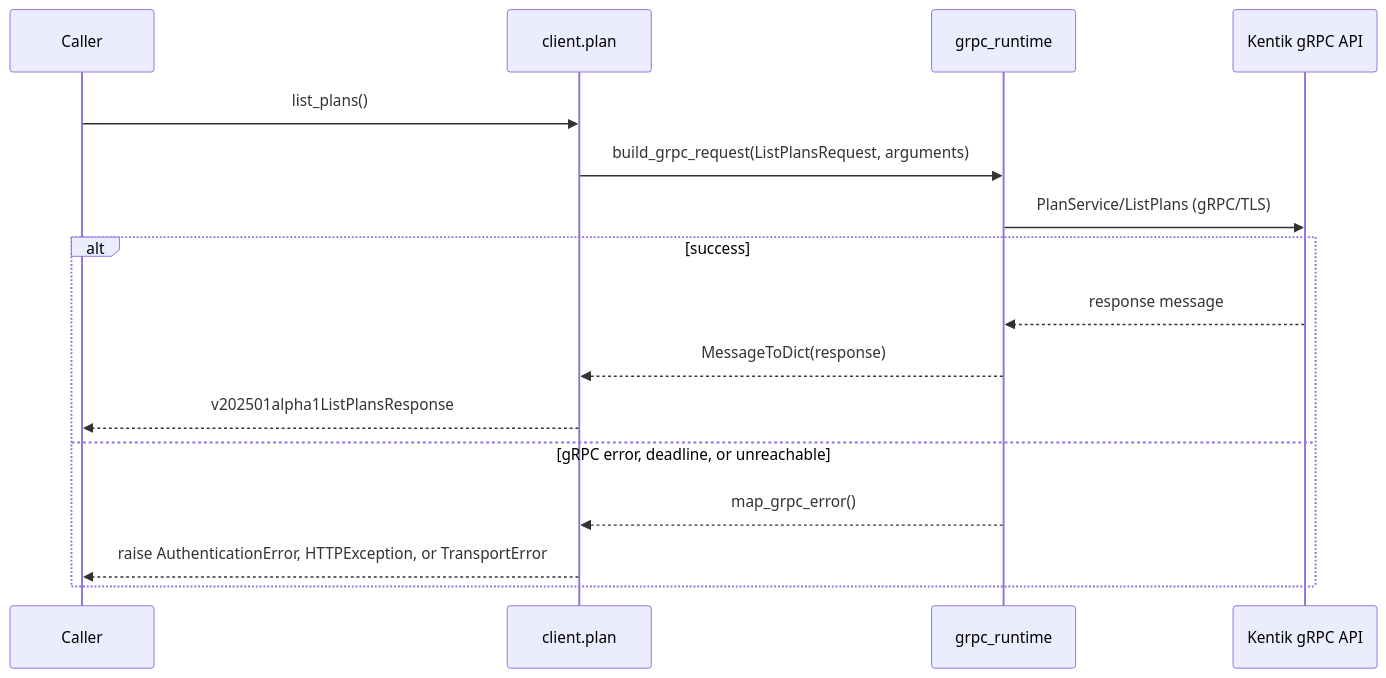
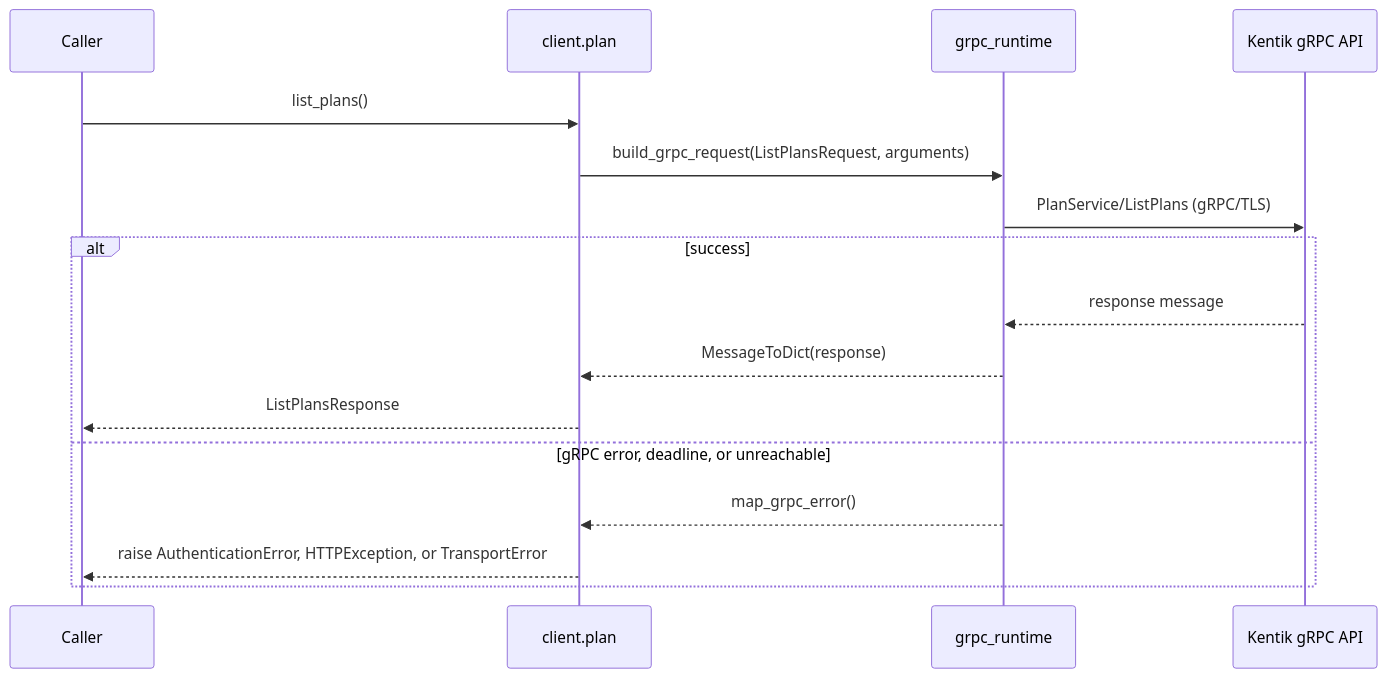
One commit to alexdearaujo/community_sdk_python changed the third of 4 diagrams in docs/sphinx/services/plan.md. Above: the diagram before and after it, drawn with Mermaid. The commit also changed other lines of this file and 38 other files, not shown here.

````diff
--- a/docs/sphinx/services/plan.md
+++ b/docs/sphinx/services/plan.md
@@ -59,19 +59,19 @@
 ```mermaid
 sequenceDiagram
     participant C as Caller
     participant W as client.plan
     participant R as grpc_runtime
     participant API as Kentik gRPC API
 
     C->>W: list_plans()
     W->>R: build_grpc_request(ListPlansRequest, arguments)
     R->>API: PlanService/ListPlans (gRPC/TLS)
     alt success
         API-->>R: response message
         R-->>W: MessageToDict(response)
-        W-->>C: v202501alpha1ListPlansResponse
+        W-->>C: ListPlansResponse
     else gRPC error, deadline, or unreachable
         R-->>W: map_grpc_error()
         W-->>C: raise AuthenticationError, HTTPException, or TransportError
     end
 ```
````
